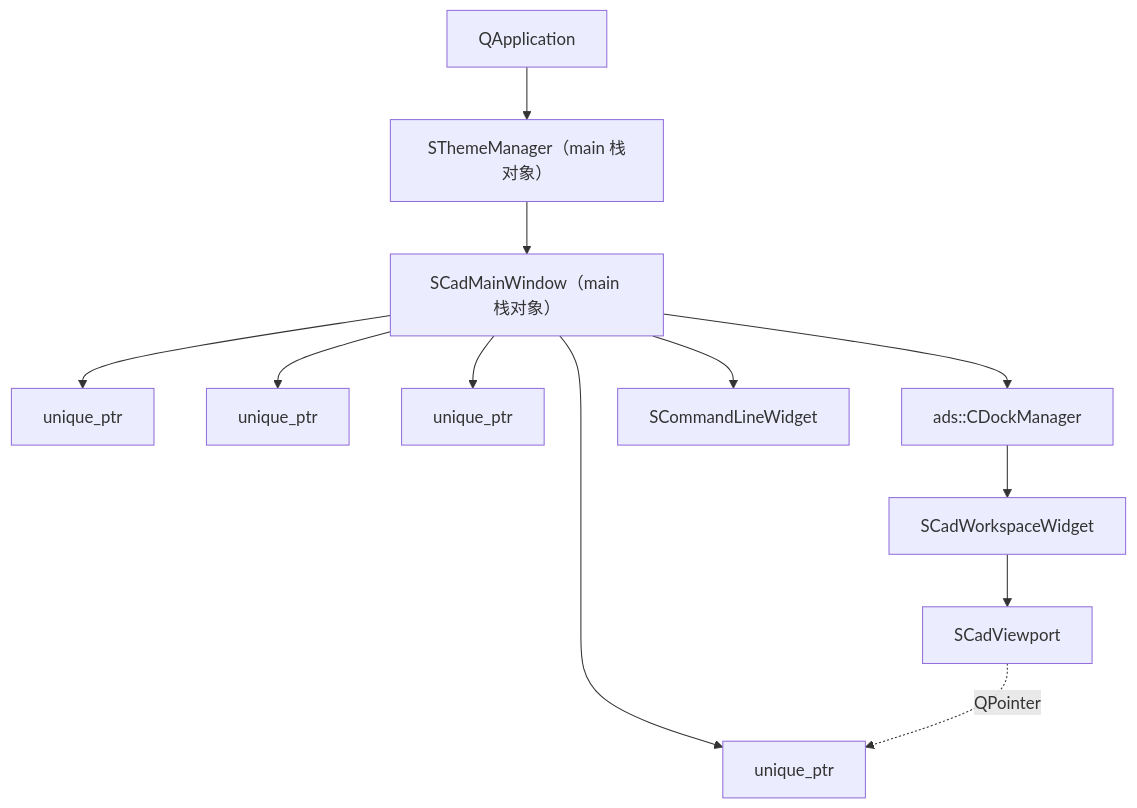
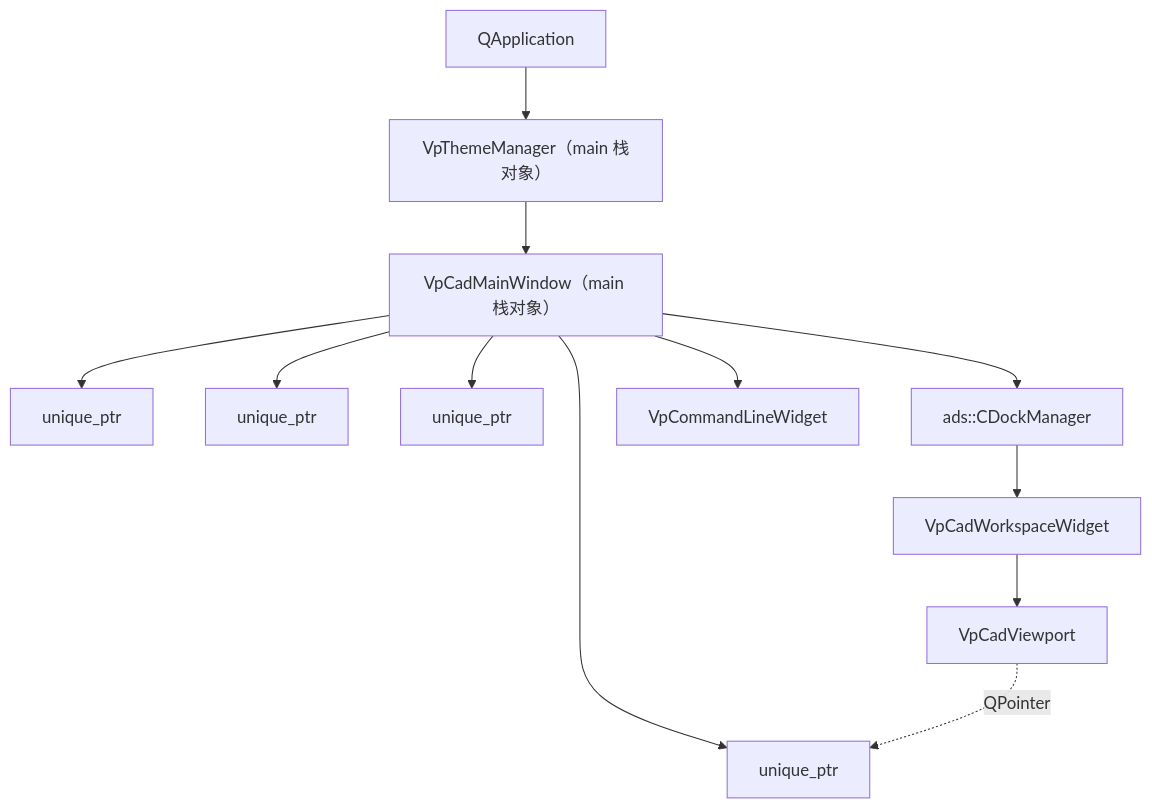
The second of 5 diagrams in sgraphDocs/CODEBASE_REFERENCE.md (HJX0201/vectorPath), drawn with Mermaid before and after one commit. The commit also changed other lines of this file and 628 other files, not shown here.

````diff
--- a/sgraphDocs/CODEBASE_REFERENCE.md
+++ b/sgraphDocs/CODEBASE_REFERENCE.md
@@ -128,14 +143,14 @@
 ```mermaid
 flowchart TD
-    QApplication --> Theme["SThemeManager（main 栈对象）"]
-    Theme --> Window["SCadMainWindow（main 栈对象）"]
-    Window --> Document["unique_ptr<SCadDocument>"]
-    Window --> Recovery["unique_ptr<SDocumentRecoveryManager>"]
-    Window --> Shortcuts["unique_ptr<SShortcutManager>"]
-    Window --> Simulation["unique_ptr<SToolpathSimulationController>"]
+    QApplication --> Theme["VpThemeManager（main 栈对象）"]
+    Theme --> Window["VpCadMainWindow（main 栈对象）"]
+    Window --> Document["unique_ptr<VpCadDocument>"]
+    Window --> Recovery["unique_ptr<VpDocumentRecoveryManager>"]
+    Window --> Shortcuts["unique_ptr<VpShortcutManager>"]
+    Window --> Simulation["unique_ptr<VpToolpathSimulationController>"]
     Window --> DockManager["ads::CDockManager"]
-    DockManager --> Workspace["SCadWorkspaceWidget"]
-    Workspace --> Viewport["SCadViewport"]
+    DockManager --> Workspace["VpCadWorkspaceWidget"]
+    Workspace --> Viewport["VpCadViewport"]
     Viewport -. QPointer .-> Document
-    Window --> CommandLine["SCommandLineWidget"]
+    Window --> CommandLine["VpCommandLineWidget"]
 ```
````
